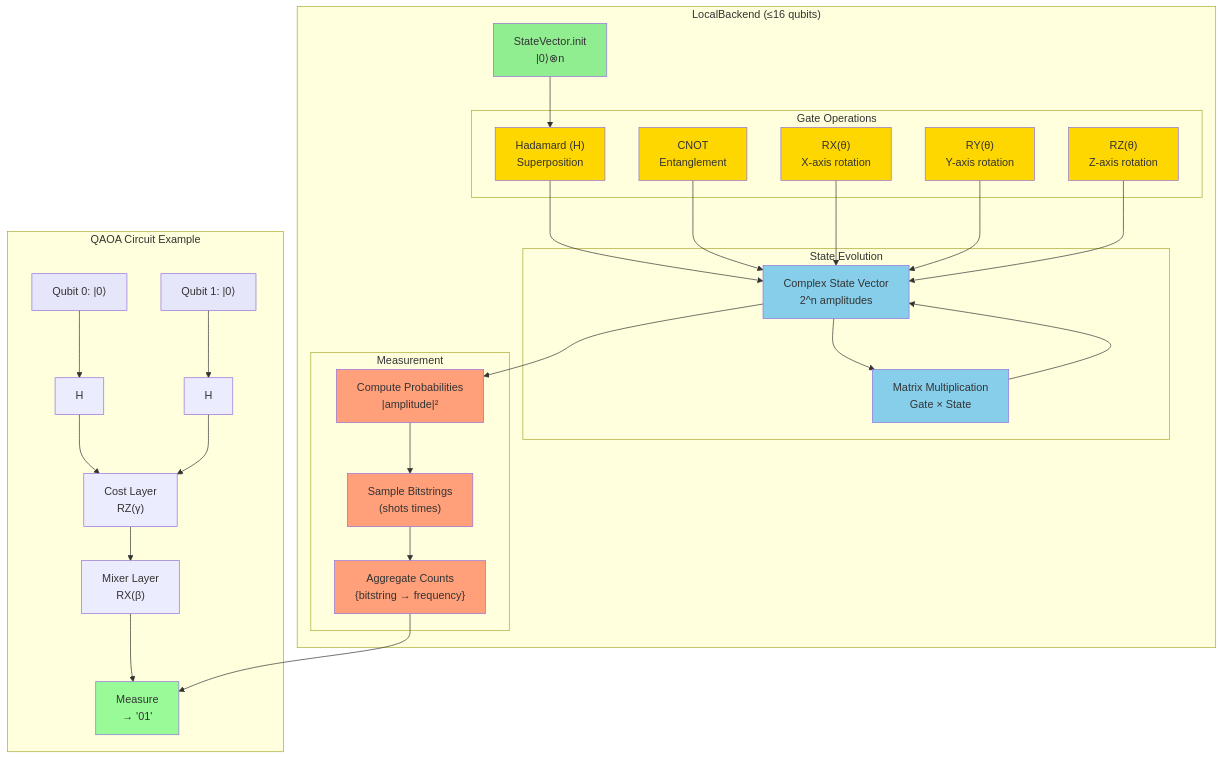
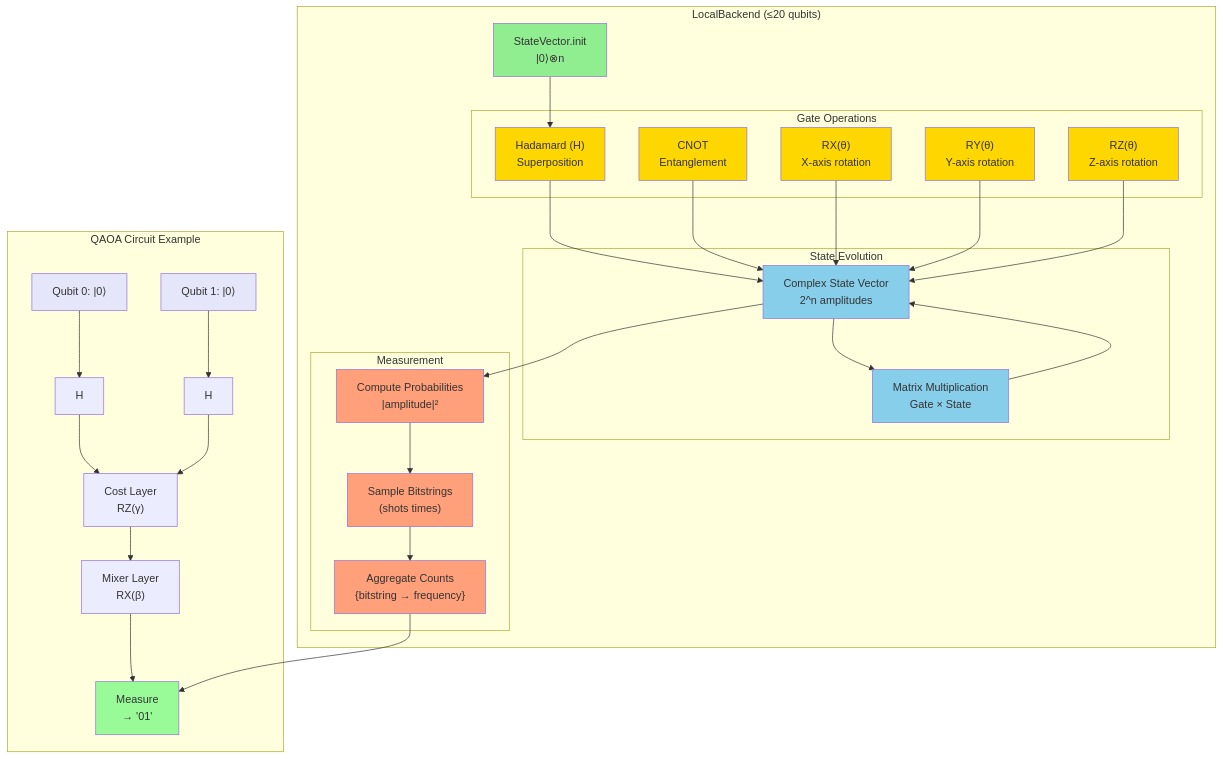
The second of 2 diagrams in README.md (Thorium/FSharp.Azure.Quantum), drawn with Mermaid before and after one commit. The commit also changed other lines of this file and 17 other files, not shown here.

Commit message:
Local backend cubit limit to 20

````diff
--- a/README.md
+++ b/README.md
@@ -517,76 +603,76 @@
 ```mermaid
 graph TB
-    subgraph "LocalBackend (≤16 qubits)"
+    subgraph "LocalBackend (≤20 qubits)"
         INIT["StateVector.init<br/>|0⟩⊗n"]
         
         subgraph "Gate Operations"
             H["Hadamard (H)<br/>Superposition"]
             CNOT["CNOT<br/>Entanglement"]
             RX["RX(θ)<br/>X-axis rotation"]
             RY["RY(θ)<br/>Y-axis rotation"]
             RZ["RZ(θ)<br/>Z-axis rotation"]
         end
         
         subgraph "State Evolution"
             STATE["Complex State Vector<br/>2^n amplitudes"]
             MATRIX["Matrix Multiplication<br/>Gate × State"]
         end
         
         subgraph "Measurement"
             PROB["Compute Probabilities<br/>|amplitude|²"]
             SAMPLE["Sample Bitstrings<br/>(shots times)"]
             COUNT["Aggregate Counts<br/>{bitstring → frequency}"]
         end
         
         INIT --> H
         H --> STATE
         CNOT --> STATE
         RX --> STATE
         RY --> STATE
         RZ --> STATE
         
         STATE --> MATRIX
         MATRIX --> STATE
         
         STATE --> PROB
         PROB --> SAMPLE
         SAMPLE --> COUNT
     end
     
     subgraph "QAOA Circuit Example"
         Q0["Qubit 0: |0⟩"]
         Q1["Qubit 1: |0⟩"]
         
         H0["H"]
         H1["H"]
         
         COST["Cost Layer<br/>RZ(γ)"]
         MIX["Mixer Layer<br/>RX(β)"]
         
         MEAS["Measure<br/>→ '01'"]
         
         Q0 --> H0
         Q1 --> H1
         H0 --> COST
         H1 --> COST
         COST --> MIX
         MIX --> MEAS
     end
     
     COUNT --> MEAS
     
     style INIT fill:#90EE90
     style H fill:#FFD700
     style CNOT fill:#FFD700
     style RX fill:#FFD700
     style RY fill:#FFD700
     style RZ fill:#FFD700
     style STATE fill:#87CEEB
     style MATRIX fill:#87CEEB
     style PROB fill:#FFA07A
     style SAMPLE fill:#FFA07A
     style COUNT fill:#FFA07A
     style Q0 fill:#E6E6FA
     style Q1 fill:#E6E6FA
     style MEAS fill:#98FB98
 ```
````
